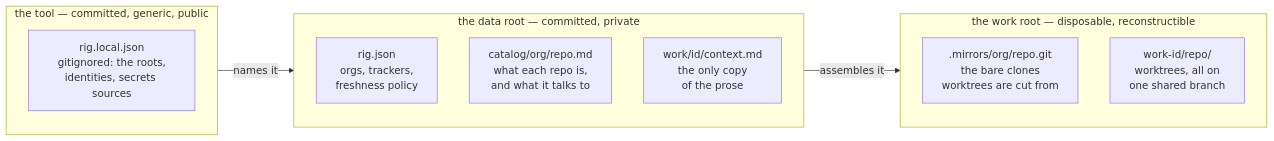
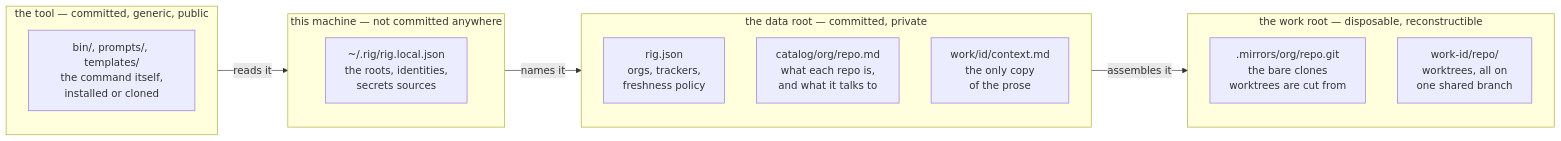
Before and after one commit to hugoforte/rig: the first of 3 diagrams in README.md, drawn with Mermaid. The commit also changed other lines of this file and 11 other files, not shown here.

````diff
--- a/README.md
+++ b/README.md
@@ -27,17 +27,21 @@
 ```mermaid
 flowchart LR
   subgraph tool["the tool — committed, generic, public"]
-    A["rig.local.json<br/>gitignored: the roots,<br/>identities, secrets sources"]
+    A["bin/, prompts/, templates/<br/>the command itself,<br/>installed or cloned"]
+  end
+  subgraph machine["this machine — not committed anywhere"]
+    M["~/.rig/rig.local.json<br/>the roots, identities,<br/>secrets sources"]
   end
   subgraph data["the data root — committed, private"]
     B["rig.json<br/>orgs, trackers,<br/>freshness policy"]
     C["catalog/org/repo.md<br/>what each repo is,<br/>and what it talks to"]
     D["work/id/context.md<br/>the only copy<br/>of the prose"]
   end
   subgraph work["the work root — disposable, reconstructible"]
     E[".mirrors/org/repo.git<br/>the bare clones<br/>worktrees are cut from"]
     F["work-id/repo/<br/>worktrees, all on<br/>one shared branch"]
   end
-  tool -->|names it| data
+  tool -->|reads it| machine
+  machine -->|names it| data
   data -->|assembles it| work
 ```
````
